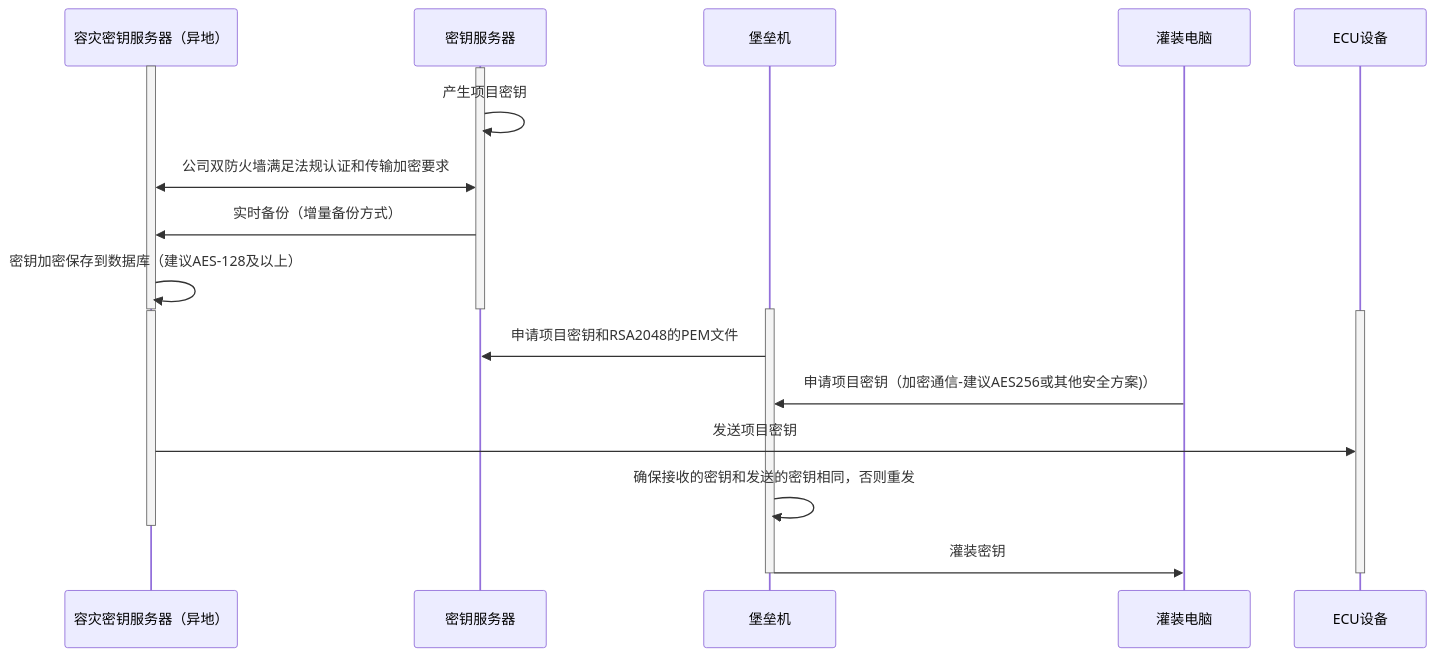
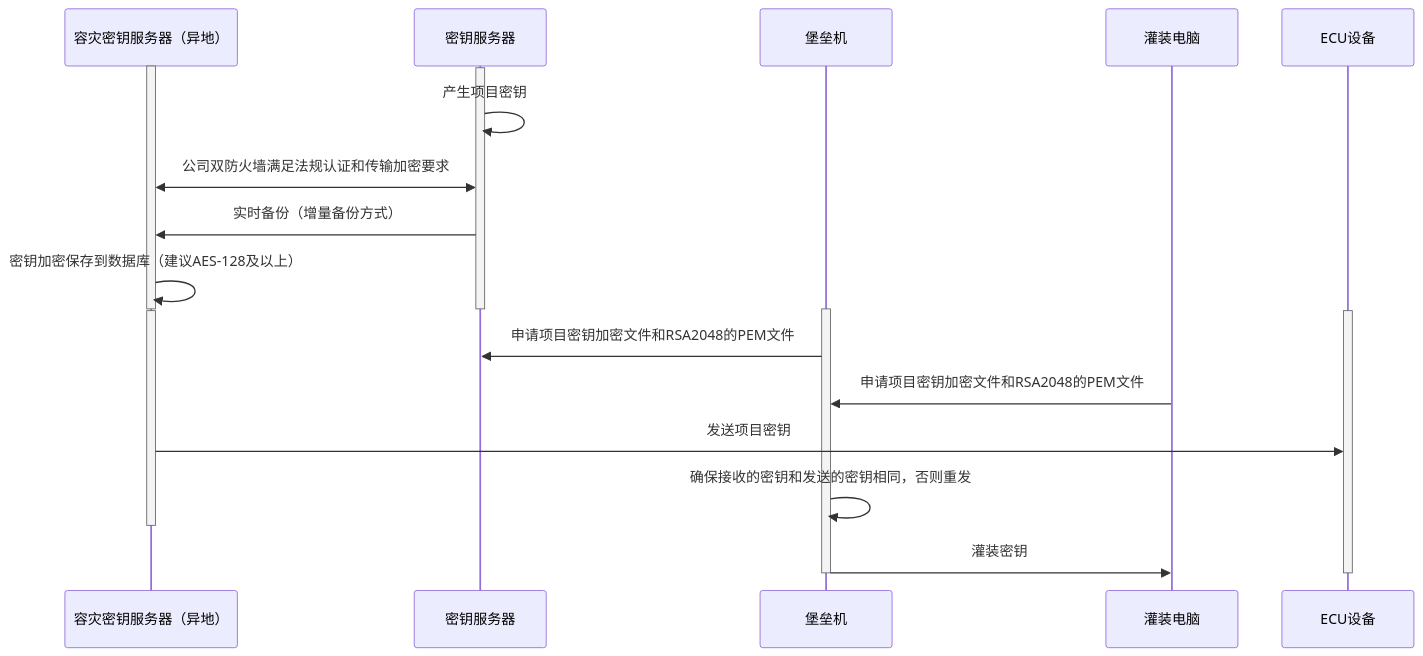
The diagram in all/未命名-15.md (facebook-cloud/iodraw-files), drawn with Mermaid before and after one commit.

Commit message:
2026-02-07 10:10:54 update

````diff
--- a/all/未命名-15.md
+++ b/all/未命名-15.md
@@ -1,32 +1,32 @@
 ```mermaid
 sequenceDiagram
     participant A as 容灾密钥服务器（异地）
     participant B as 密钥服务器
     participant C as 堡垒机
     participant D as 灌装电脑
     participant E as ECU设备
 
     activate A
     activate B
     B->>B: 产生项目密钥
     A<<->>B: 公司双防火墙满足法规认证和传输加密要求
     B->>A: 实时备份（增量备份方式）
     A->>A: 密钥加密保存到数据库（建议AES-128及以上）
     deactivate B
     deactivate A
 
     activate C
     activate A
     activate E
 
-    C->>B: 申请项目密钥和RSA2048的PEM文件
-    D->>C: 申请项目密钥（加密通信-建议AES256或其他安全方案)）
+    C->>B: 申请项目密钥加密文件和RSA2048的PEM文件
+    D->>C: 申请项目密钥加密文件和RSA2048的PEM文件
     A->>E: 发送项目密钥
 
     C->>C: 确保接收的密钥和发送的密钥相同，否则重发
     deactivate A
     C->>D: 灌装密钥
     deactivate C
     deactivate E
 
 ```
````
